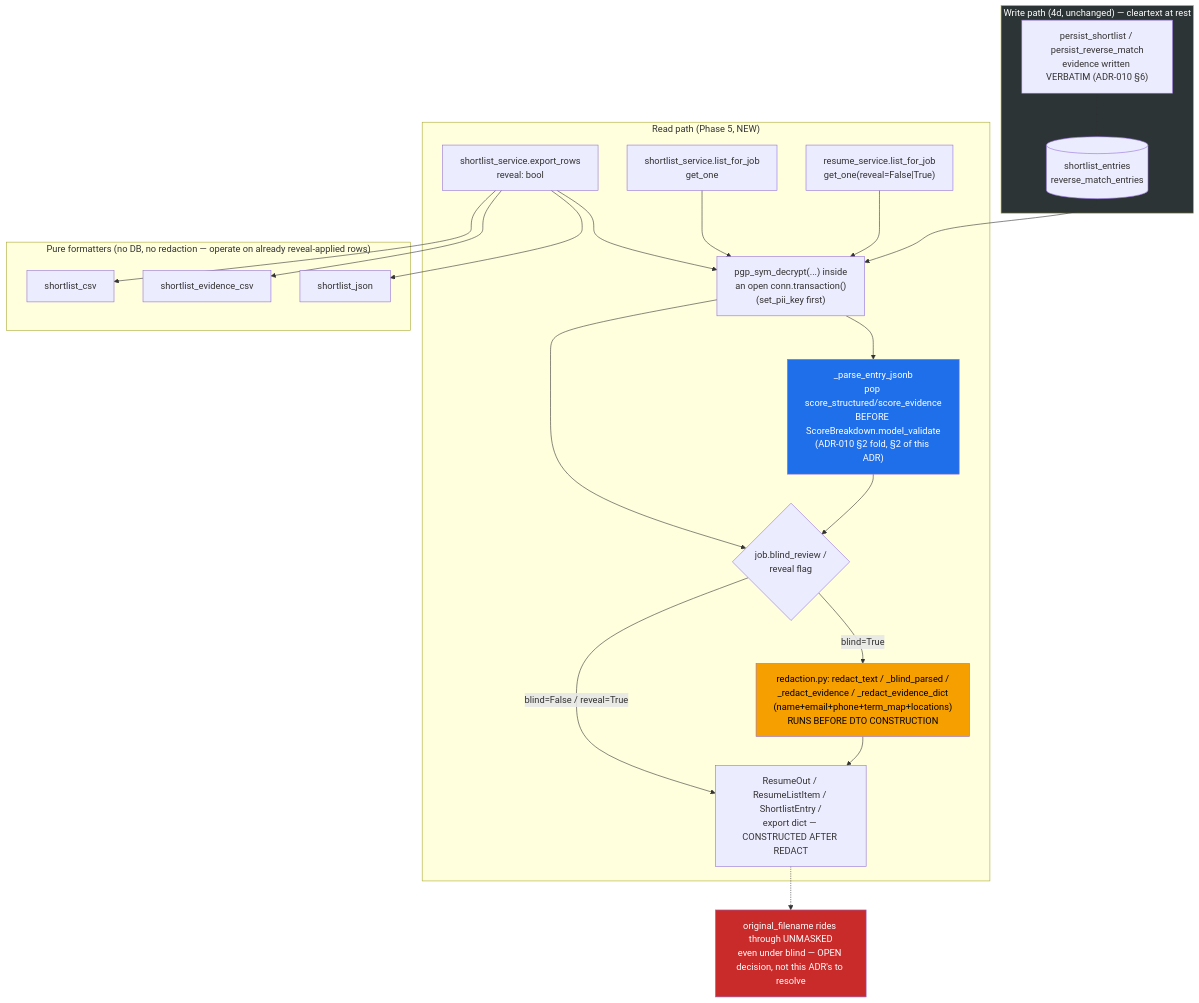
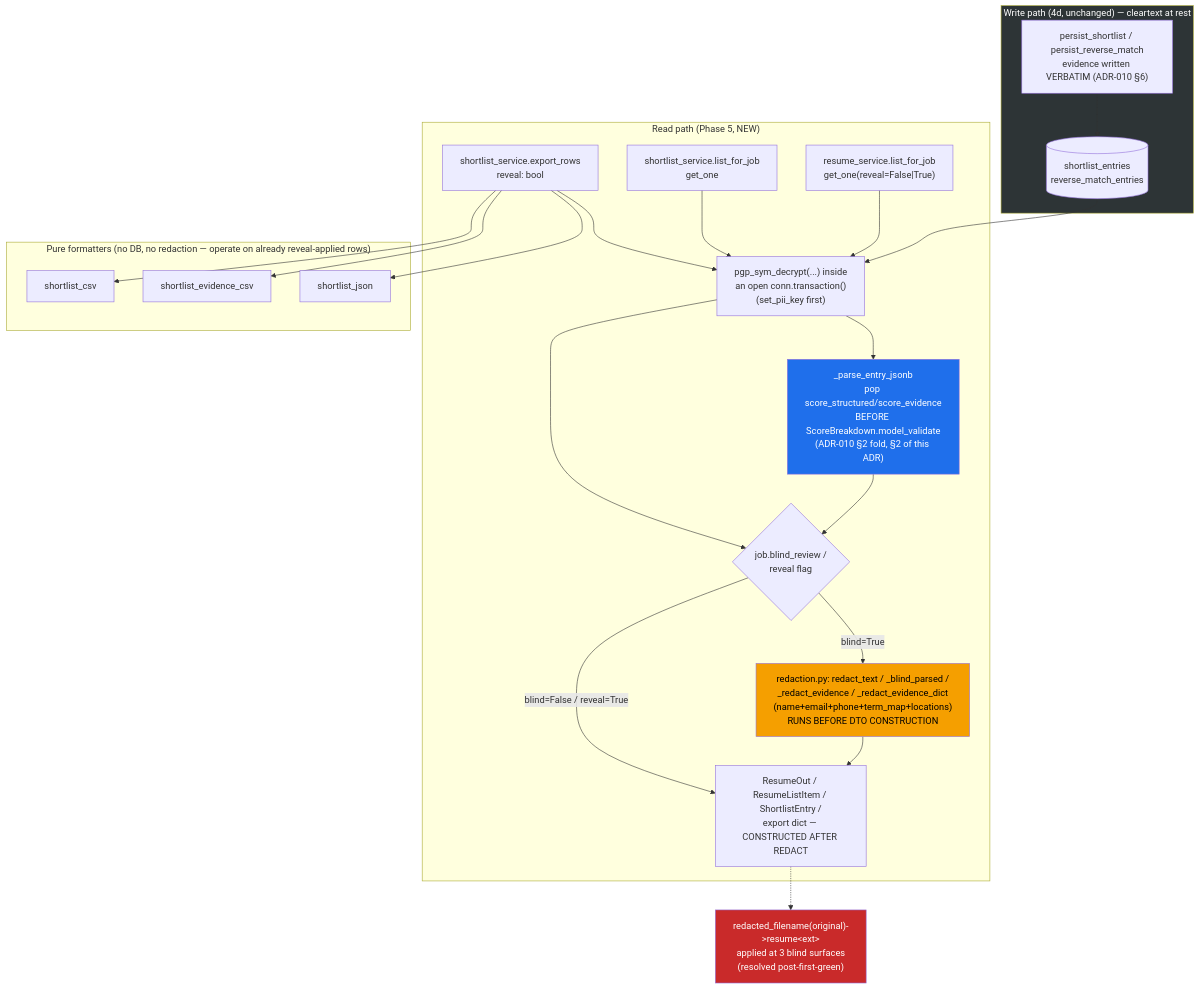
Before and after one commit to humanaxiom/recruiter-assistant: the diagram in docs/adr/011-display-redaction-read-export-boundary.md, drawn with Mermaid. The commit also changed other lines of this file and 3 other files, not shown here.

Commit message:
docs(5): filename leak resolved, cover-letter-chunks fix, gate re-verify

````diff
--- a/docs/adr/011-display-redaction-read-export-boundary.md
+++ b/docs/adr/011-display-redaction-read-export-boundary.md
@@ -152,50 +160,50 @@
 ```mermaid
 flowchart TB
     subgraph WRITE["Write path (4d, unchanged) — cleartext at rest"]
         PS["persist_shortlist / persist_reverse_match<br/>evidence written VERBATIM (ADR-010 §6)"]
         PG1[("shortlist_entries<br/>reverse_match_entries")]
         PS --> PG1
     end
 
     subgraph READ["Read path (Phase 5, NEW)"]
         RLJ["resume_service.list_for_job<br/>get_one(reveal=False|True)"]
         SLJ["shortlist_service.list_for_job<br/>get_one"]
         EXP["shortlist_service.export_rows<br/>reveal: bool"]
 
         DEC["pgp_sym_decrypt(...) inside\nan open conn.transaction()\n(set_pii_key first)"]
 
         FOLD["_parse_entry_jsonb<br/>pop score_structured/score_evidence\nBEFORE ScoreBreakdown.model_validate\n(ADR-010 §2 fold, §2 of this ADR)"]
 
         BLIND{"job.blind_review /\nreveal flag"}
 
         REDACT["redaction.py: redact_text / _blind_parsed /\n_redact_evidence / _redact_evidence_dict\n(name+email+phone+term_map+locations)<br/>RUNS BEFORE DTO CONSTRUCTION"]
 
         DTO["ResumeOut / ResumeListItem / ShortlistEntry /\nexport dict — CONSTRUCTED AFTER REDACT"]
     end
 
     PG1 --> DEC --> FOLD
     RLJ --> DEC
     SLJ --> DEC
     EXP --> DEC
     FOLD --> BLIND
     DEC --> BLIND
     BLIND -->|blind=True| REDACT --> DTO
     BLIND -->|blind=False / reveal=True| DTO
 
     subgraph FORMAT["Pure formatters (no DB, no redaction — operate on already reveal-applied rows)"]
         CSV["shortlist_csv"]
         ECSV["shortlist_evidence_csv"]
         JSON["shortlist_json"]
     end
     EXP --> CSV
     EXP --> ECSV
     EXP --> JSON
 
-    RESIDUAL["original_filename rides through UNMASKED\neven under blind — OPEN decision, not this ADR's to resolve"]
+    RESIDUAL["redacted_filename(original)->resume&lt;ext&gt;<br/>applied at 3 blind surfaces<br/>(resolved post-first-green)"]
     DTO -.-> RESIDUAL
 
     style REDACT fill:#F59F00,color:#000
     style FOLD fill:#1F6FEB,color:#fff
     style RESIDUAL fill:#C92A2A,color:#fff
     style WRITE fill:#2D3436,color:#fff
 ```
````
